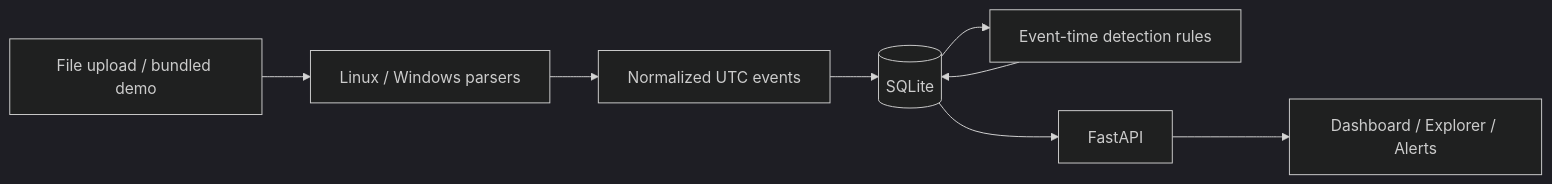
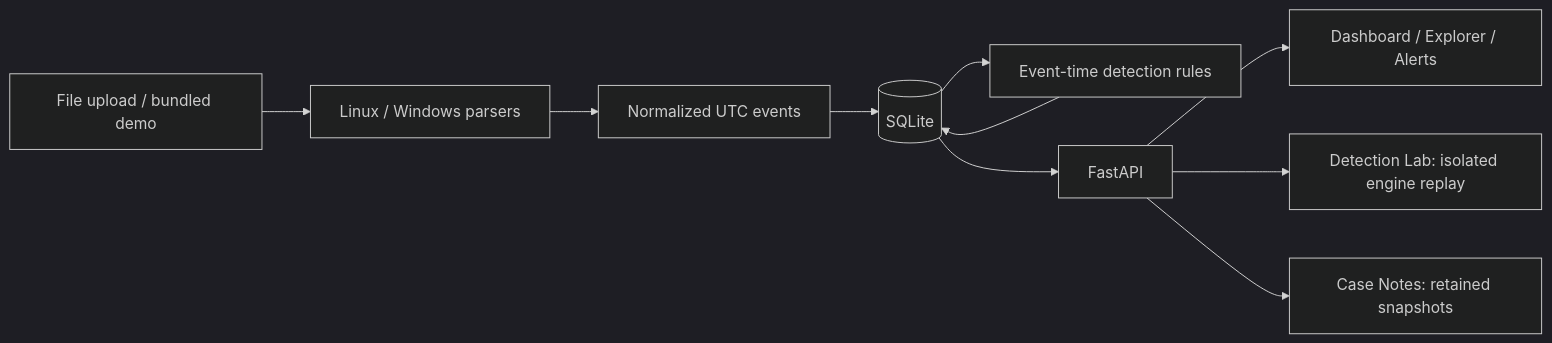
The second of 2 diagrams in README.md (furkan-akkaya/LogSentinel), drawn with Mermaid (dark theme) before and after one commit. The commit also changed other lines of this file and 45 other files, not shown here.

Commit message:
feat: preserve local v1.2 Detection Lab, Case Notes and dataset context

````diff
--- a/README.md
+++ b/README.md
@@ -91,10 +122,12 @@
 ```mermaid
 flowchart LR
     A[File upload / bundled demo] --> B[Linux / Windows parsers]
     B --> C[Normalized UTC events]
     C --> D[(SQLite)]
     D --> E[Event-time detection rules]
     E --> D
     D --> F[FastAPI]
     F --> G[Dashboard / Explorer / Alerts]
+    F --> H[Detection Lab: isolated engine replay]
+    F --> I[Case Notes: retained snapshots]
 ```
````
